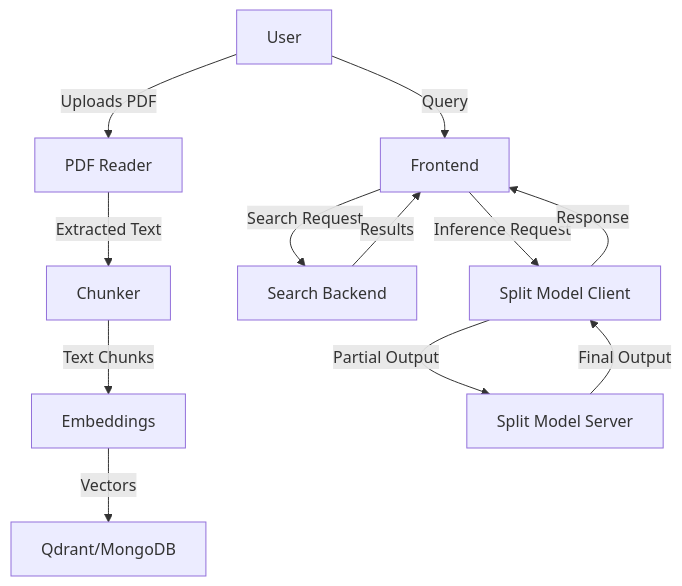
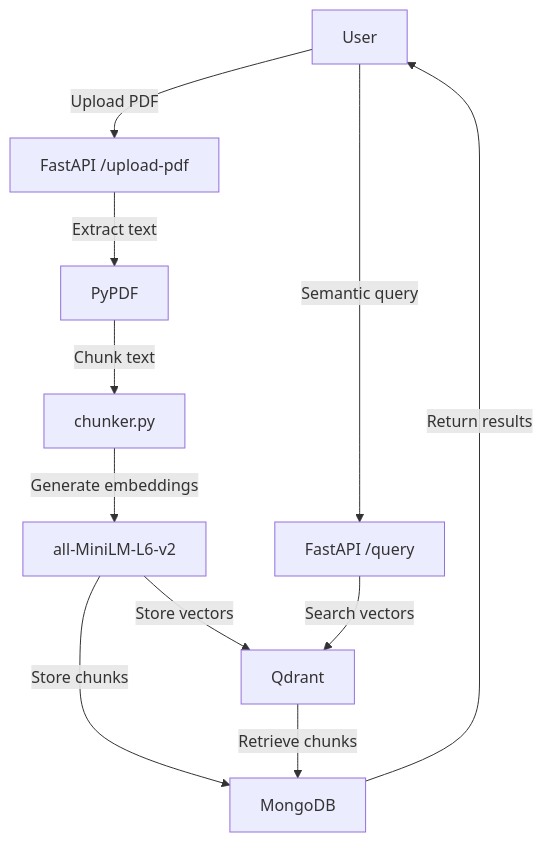
The second of 3 diagrams in MASTER_CONTEXT.md (BurntDosa/CheckpointPlayground), drawn with Mermaid before and after one commit. The commit also changed other lines of this file and 5 other files, not shown here.

````diff
--- a/MASTER_CONTEXT.md
+++ b/MASTER_CONTEXT.md
@@ -98,14 +31,13 @@
 ```mermaid
 graph TD
-    A[User] -->|Uploads PDF| B[PDF Reader]
-    B -->|Extracted Text| C[Chunker]
-    C -->|Text Chunks| D[Embeddings]
-    D -->|Vectors| E[Qdrant/MongoDB]
-    A -->|Query| F[Frontend]
-    F -->|Search Request| G[Search Backend]
-    G -->|Results| F
-    F -->|Inference Request| H[Split Model Client]
-    H -->|Partial Output| I[Split Model Server]
-    I -->|Final Output| H
-    H -->|Response| F
+    A[User] -->|Upload PDF| B[FastAPI /upload-pdf]
+    B -->|Extract text| C[PyPDF]
+    C -->|Chunk text| D[chunker.py]
+    D -->|Generate embeddings| E[all-MiniLM-L6-v2]
+    E -->|Store chunks| F[MongoDB]
+    E -->|Store vectors| G[Qdrant]
+    A -->|Semantic query| H[FastAPI /query]
+    H -->|Search vectors| G
+    G -->|Retrieve chunks| F
+    F -->|Return results| A
 ```
````
